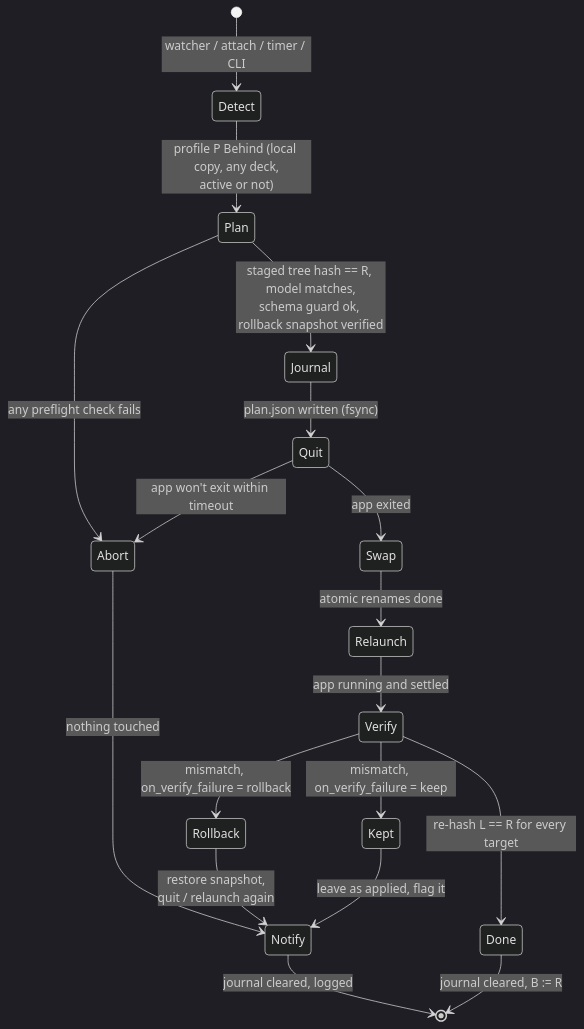
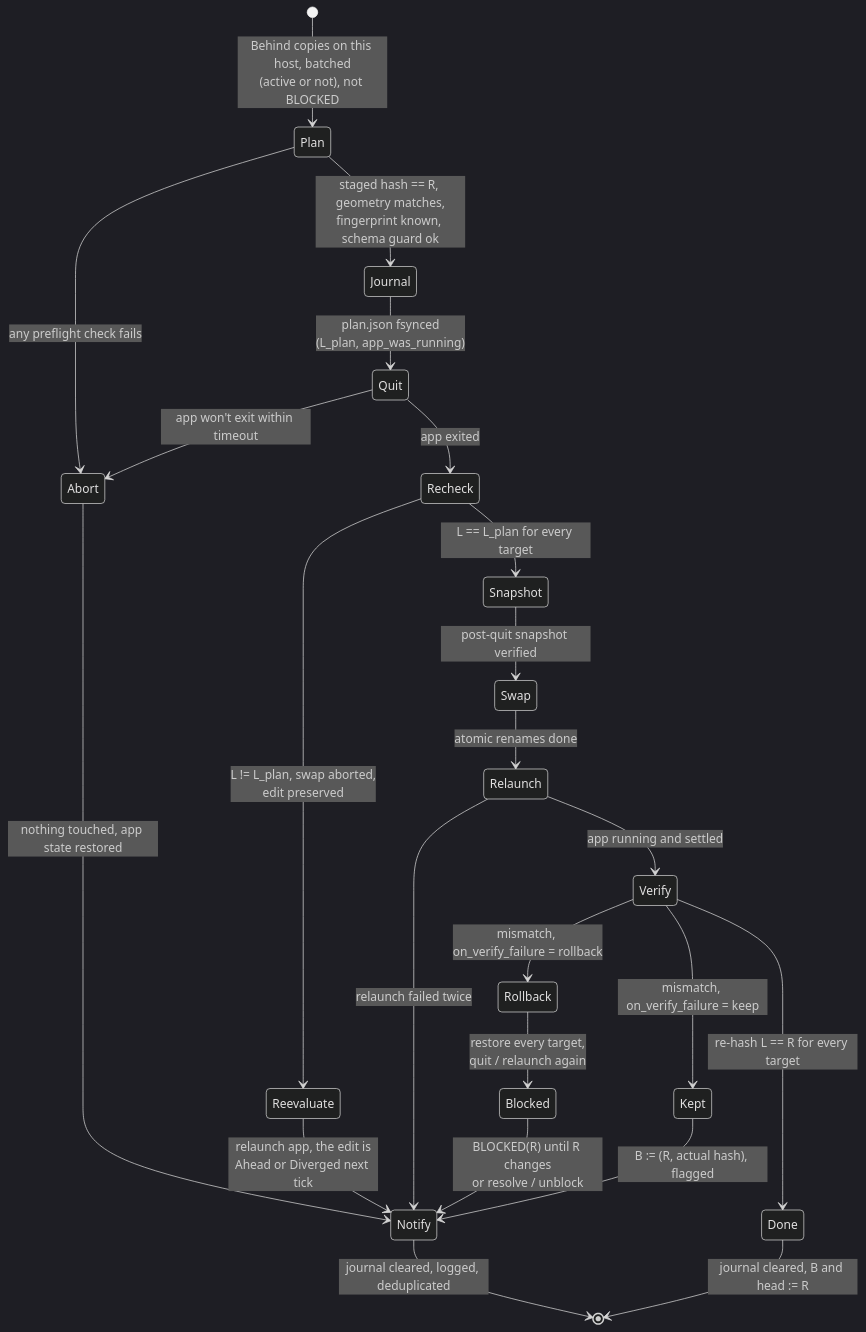
One commit to csmarshall/mac-streamdeck-sync changed the diagram in docs/apply-states.mmd. Above: the diagram before and after it, drawn with Mermaid (dark theme). The commit also changed 36 other files, not shown here.

Commit message:
docs: review round 1 fixes (F1-F24): per-host heads + immutable trees, post-quit recheck, BLOCKED + notification dedup, ADRs 0025-0028, contract D

```diff
--- a/docs/apply-states.mmd
+++ b/docs/apply-states.mmd
@@ -1,19 +1,24 @@
 stateDiagram-v2
     direction TB
-    [*] --> Detect: watcher / attach / timer / CLI
-    Detect --> Plan: profile P Behind (local copy, any deck,<br/>active or not)
+    [*] --> Plan: Behind copies on this host, batched<br/>(active or not), not BLOCKED
     Plan --> Abort: any preflight check fails
-    Plan --> Journal: staged tree hash == R, model matches,<br/>schema guard ok, rollback snapshot verified
-    Journal --> Quit: plan.json written (fsync)
+    Plan --> Journal: staged hash == R, geometry matches,<br/>fingerprint known, schema guard ok
+    Journal --> Quit: plan.json fsynced<br/>(L_plan, app_was_running)
     Quit --> Abort: app won't exit within timeout
-    Quit --> Swap: app exited
+    Quit --> Recheck: app exited
+    Recheck --> Reevaluate: L != L_plan, swap aborted,<br/>edit preserved
+    Recheck --> Snapshot: L == L_plan for every target
+    Snapshot --> Swap: post-quit snapshot verified
     Swap --> Relaunch: atomic renames done
+    Relaunch --> Notify: relaunch failed twice
     Relaunch --> Verify: app running and settled
     Verify --> Rollback: mismatch, on_verify_failure = rollback
     Verify --> Kept: mismatch, on_verify_failure = keep
-    Rollback --> Notify: restore snapshot,<br/>quit / relaunch again
-    Kept --> Notify: leave as applied, flag it
-    Abort --> Notify: nothing touched
+    Rollback --> Blocked: restore every target,<br/>quit / relaunch again
+    Blocked --> Notify: BLOCKED(R) until R changes<br/>or resolve / unblock
+    Kept --> Notify: B := (R, actual hash), flagged
+    Reevaluate --> Notify: relaunch app, the edit is<br/>Ahead or Diverged next tick
+    Abort --> Notify: nothing touched, app state restored
     Verify --> Done: re-hash L == R for every target
-    Done --> [*]: journal cleared, B := R
-    Notify --> [*]: journal cleared, logged
+    Done --> [*]: journal cleared, B and head := R
+    Notify --> [*]: journal cleared, logged, deduplicated
```
